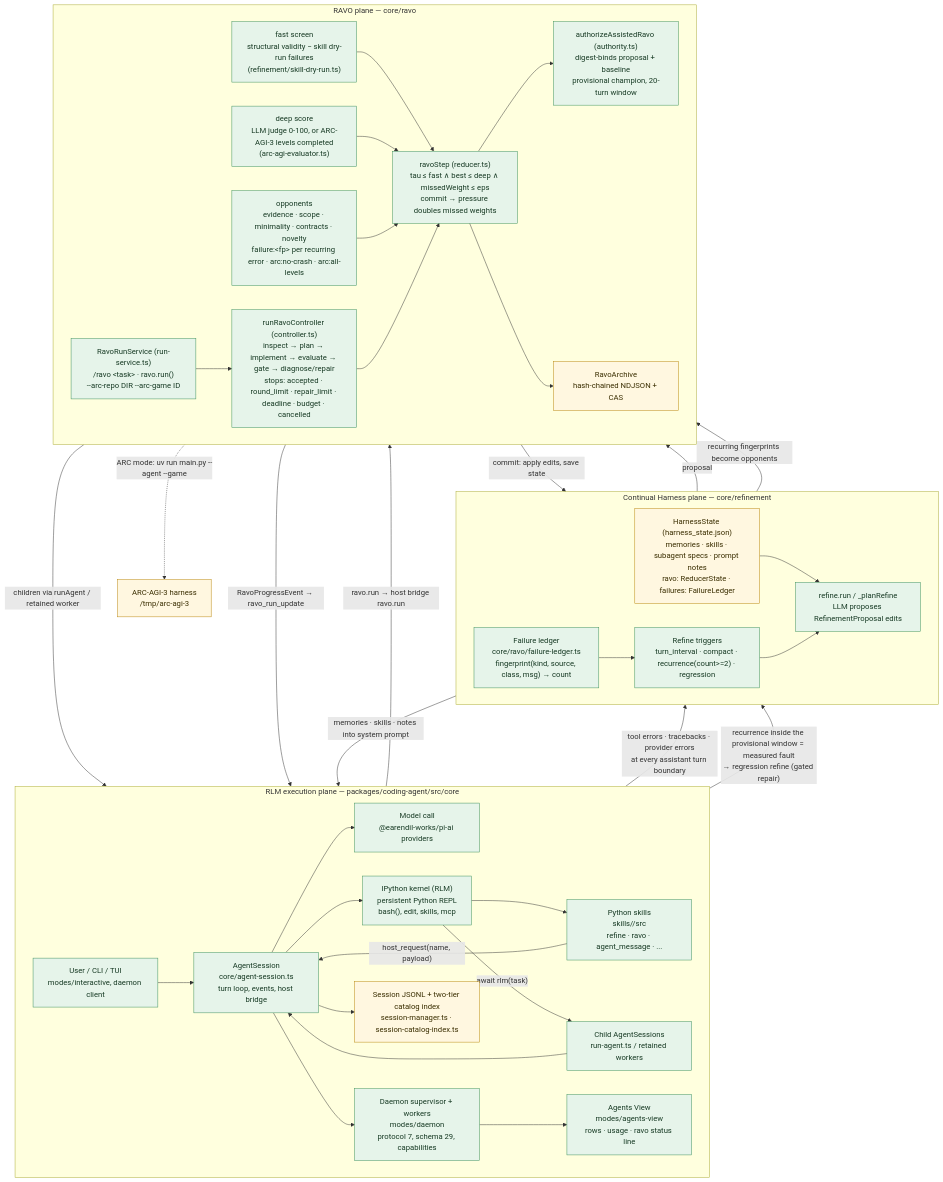
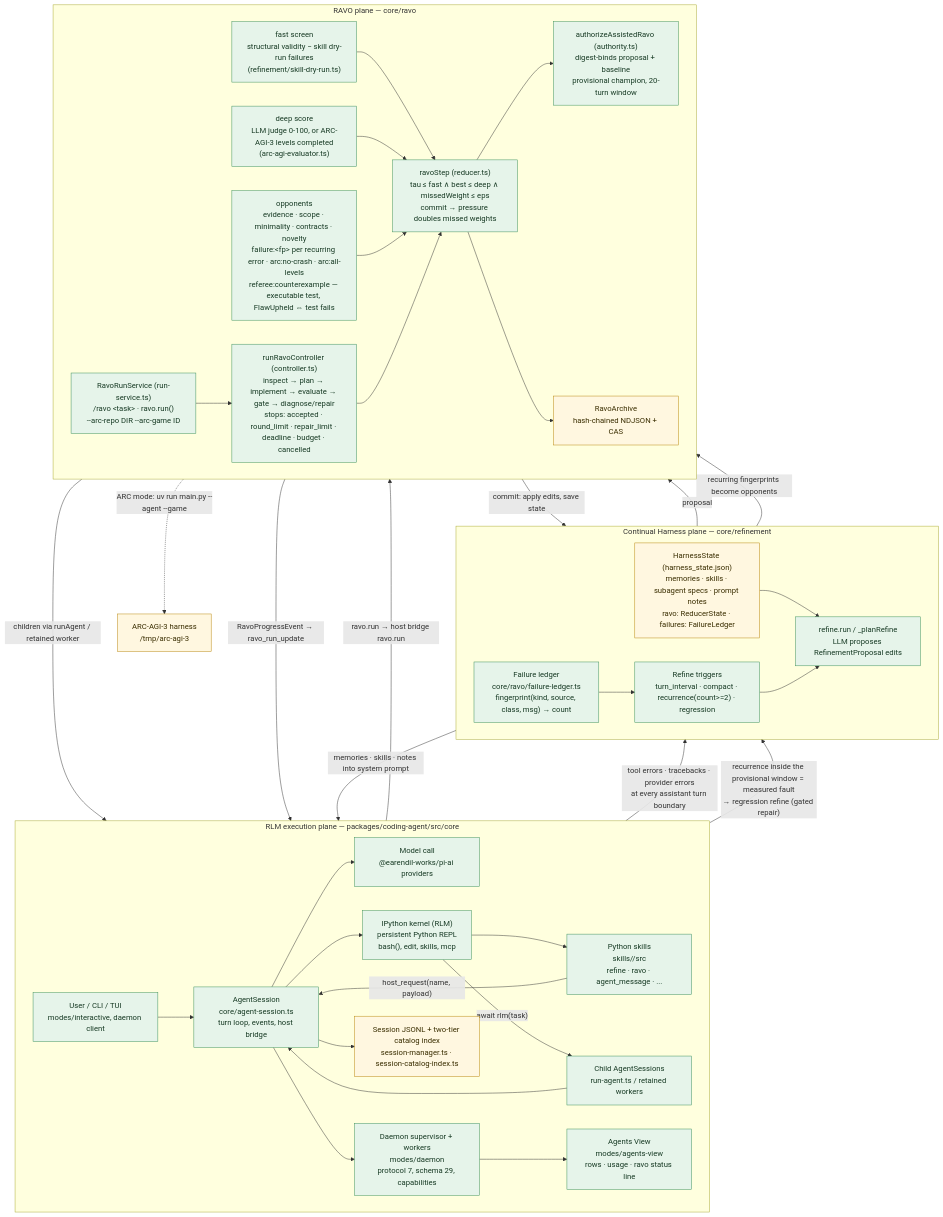
One commit to coleleavitt/prime-agent changed the second of 4 diagrams in packages/coding-agent/docs/ravo-architecture.md. Above: the diagram before and after it, drawn with Mermaid. The commit also changed other lines of this file and 24 other files, not shown here.

````diff
--- a/packages/coding-agent/docs/ravo-architecture.md
+++ b/packages/coding-agent/docs/ravo-architecture.md
@@ -57,62 +57,62 @@
 ```mermaid
 %% Prime Agent architecture as of fix/forkserver-probe-hardening (2026-09-09).
 %% Three planes: RLM execution (what runs), Continual Harness (what is learned), RAVO (how learning is gated).
 flowchart TB
   subgraph RLM["RLM execution plane — packages/coding-agent/src/core"]
     direction LR
     USER["User / CLI / TUI<br/>modes/interactive, daemon client"] --> AS["AgentSession<br/>core/agent-session.ts<br/>turn loop, events, host bridge"]
     AS --> MODEL["Model call<br/>@earendil-works/pi-ai providers"]
     AS --> KERNEL["IPython kernel (RLM)<br/>persistent Python REPL<br/>bash(), edit, skills, mcp"]
     KERNEL --> SKILLS["Python skills<br/>skills/<name>/src<br/>refine · ravo · agent_message · ..."]
     SKILLS -->|"host_request(name, payload)"| AS
     KERNEL -->|"await rlm(task)"| CHILD["Child AgentSessions<br/>run-agent.ts / retained workers"]
     CHILD --> AS
     AS --> DAEMON["Daemon supervisor + workers<br/>modes/daemon<br/>protocol 7, schema 29, capabilities"]
     DAEMON --> VIEW["Agents View<br/>modes/agents-view<br/>rows · usage · ravo status line"]
     AS --> SESS["Session JSONL + two-tier catalog index<br/>session-manager.ts · session-catalog-index.ts"]
   end
 
   subgraph HARNESS["Continual Harness plane — core/refinement"]
     direction LR
     HS["HarnessState (harness_state.json)<br/>memories · skills · subagent specs · prompt notes<br/>ravo: ReducerState · failures: FailureLedger"]
     LEDGER["Failure ledger<br/>core/ravo/failure-ledger.ts<br/>fingerprint(kind, source, class, msg) → count"]
     TRIG["Refine triggers<br/>turn_interval · compact · recurrence(count>=2) · regression"]
     PROP["refine.run / _planRefine<br/>LLM proposes RefinementProposal edits"]
     HS --> PROP
     LEDGER --> TRIG --> PROP
   end
 
   subgraph RAVO["RAVO plane — core/ravo"]
     direction LR
     FAST["fast screen<br/>structural validity − skill dry-run failures<br/>(refinement/skill-dry-run.ts)"]
     DEEP["deep score<br/>LLM judge 0-100, or ARC-AGI-3 levels completed<br/>(arc-agi-evaluator.ts)"]
-    OPP["opponents<br/>evidence · scope · minimality · contracts · novelty<br/>failure:&lt;fp&gt; per recurring error · arc:no-crash · arc:all-levels"]
+    OPP["opponents<br/>evidence · scope · minimality · contracts · novelty<br/>failure:&lt;fp&gt; per recurring error · arc:no-crash · arc:all-levels<br/>referee:counterexample — executable test, FlawUpheld ⇔ test fails"]
     STEP["ravoStep (reducer.ts)<br/>tau ≤ fast ∧ best ≤ deep ∧ missedWeight ≤ eps<br/>commit → pressure doubles missed weights"]
     AUTH["authorizeAssistedRavo (authority.ts)<br/>digest-binds proposal + baseline<br/>provisional champion, 20-turn window"]
     CTRL["runRavoController (controller.ts)<br/>inspect → plan → implement → evaluate → gate → diagnose/repair<br/>stops: accepted · round_limit · repair_limit · deadline · budget · cancelled"]
     SVC["RavoRunService (run-service.ts)<br/>/ravo &lt;task&gt; · ravo.run()<br/>--arc-repo DIR --arc-game ID"]
     ARCH["RavoArchive<br/>hash-chained NDJSON + CAS"]
     FAST --> STEP
     DEEP --> STEP
     OPP --> STEP
     STEP --> AUTH
     SVC --> CTRL --> STEP
     STEP --> ARCH
   end
 
   AS -->|"tool errors · tracebacks · provider errors<br/>at every assistant turn boundary"| LEDGER
   PROP -->|"proposal"| FAST
   AUTH -->|"commit: apply edits, save state"| HS
   HS -->|"memories · skills · notes into system prompt"| AS
   LEDGER -->|"recurring fingerprints become opponents"| OPP
   AS -->|"recurrence inside the provisional window = measured fault<br/>→ regression refine (gated repair)"| TRIG
   SKILLS -->|"ravo.run → host bridge ravo.run"| SVC
   CTRL -->|"children via runAgent / retained worker"| CHILD
   CTRL -->|"RavoProgressEvent → ravo_run_update"| DAEMON
   DEEP -.->|"ARC mode: uv run main.py --agent --game"| ARC["ARC-AGI-3 harness<br/>/tmp/arc-agi-3"]
 
   classDef live fill:#e6f4ea,stroke:#3a8f5a,color:#173a24;
   classDef store fill:#fff7e0,stroke:#b8860b,color:#3a2e00;
   class USER,AS,MODEL,KERNEL,SKILLS,CHILD,DAEMON,VIEW,LEDGER,TRIG,PROP,FAST,DEEP,OPP,STEP,AUTH,CTRL,SVC live;
   class HS,SESS,ARCH,ARC store;
 ```
````
